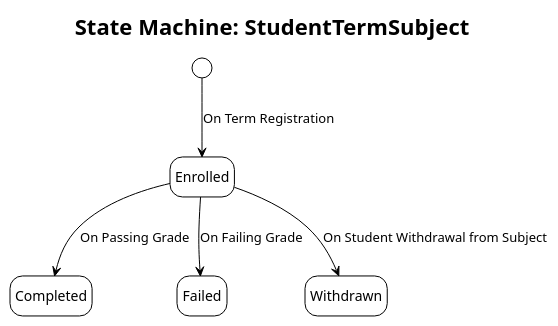
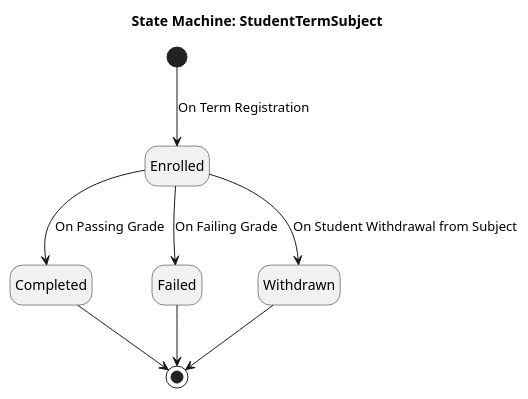
The diagram in docs/srs/diagrams/state-machines/user-services/student-term-subject-state-machine.puml (FA25SE050-RogueLearn/RogueLearn.BMAD.Documentation), drawn with PlantUML before and after one commit. The commit also changed 8 other files, not shown here.

Commit message:
update diagrams

```diff
--- a/docs/srs/diagrams/state-machines/user-services/student-term-subject-state-machine.puml
+++ b/docs/srs/diagrams/state-machines/user-services/student-term-subject-state-machine.puml
@@ -2,20 +2,20 @@
 @startuml
-!theme plain
 title "State Machine: StudentTermSubject"
 hide empty description
 
 [*] --> Enrolled : On Term Registration
 
 state Enrolled
-
 state Completed
-
 state Failed
-
 state Withdrawn
 
 Enrolled --> Completed : On Passing Grade
 Enrolled --> Failed : On Failing Grade
 Enrolled --> Withdrawn : On Student Withdrawal from Subject
 
+Completed --> [*]
+Failed --> [*]
+Withdrawn --> [*]
+
 @enduml
```
